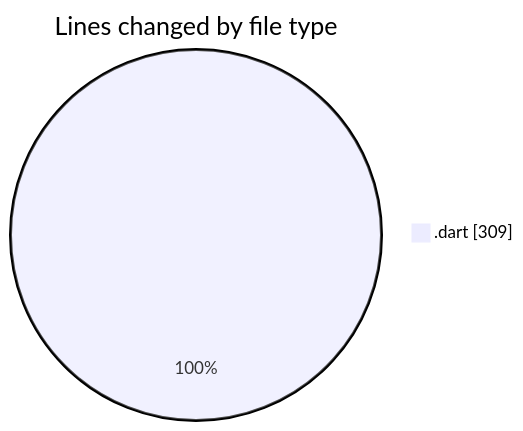
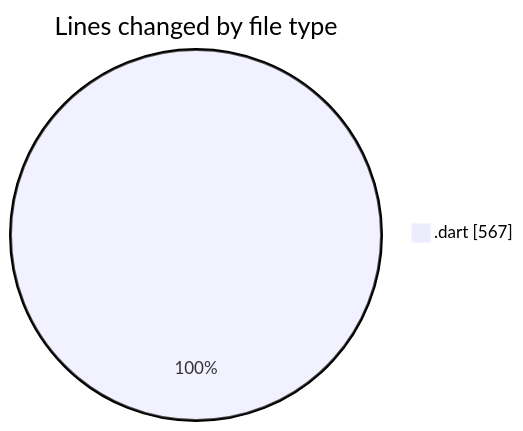
One commit to donsfak/code-tracking changed the first of 2 diagrams in 2025-01-26/trackers_app/README.md. Above: the diagram before and after it, drawn with Mermaid. The commit also changed other lines of this file and 1 other file, not shown here.

````diff
--- a/2025-01-26/trackers_app/README.md
+++ b/2025-01-26/trackers_app/README.md
@@ -22,5 +24,5 @@
 ```mermaid
 pie showData
 title Lines changed by file type
-".dart" : 309
+".dart" : 567
 ```
````
